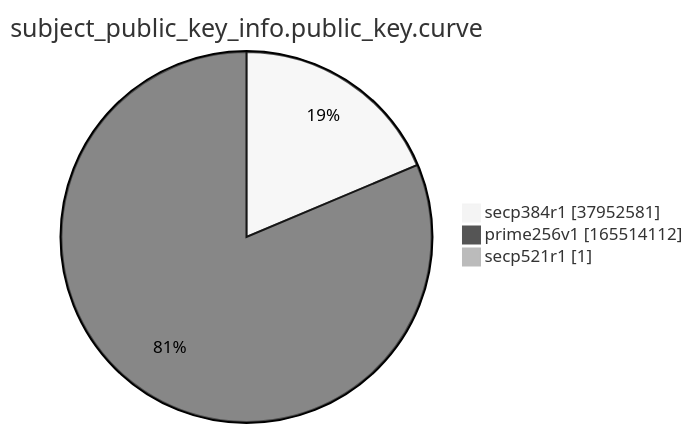
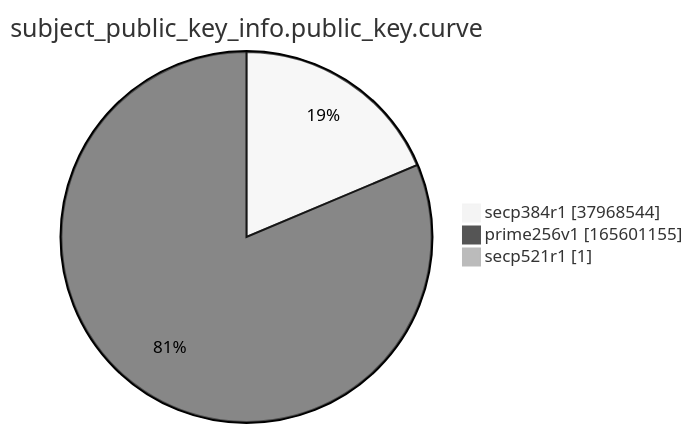
Before and after one commit to christiankrug/ctmonitor_visualization: the ninth of 15 diagrams in argon2022/README.md, drawn with Mermaid (neutral theme). The commit also changed other lines of this file, not shown here.

````diff
--- a/argon2022/README.md
+++ b/argon2022/README.md
@@ -2766,7 +2766,7 @@
 ```mermaid
 pie showData
 title subject_public_key_info.public_key.curve
-"secp384r1" :37952581
-"prime256v1" :165514112
+"secp384r1" :37968544
+"prime256v1" :165601155
 "secp521r1" :1
 ```
````
